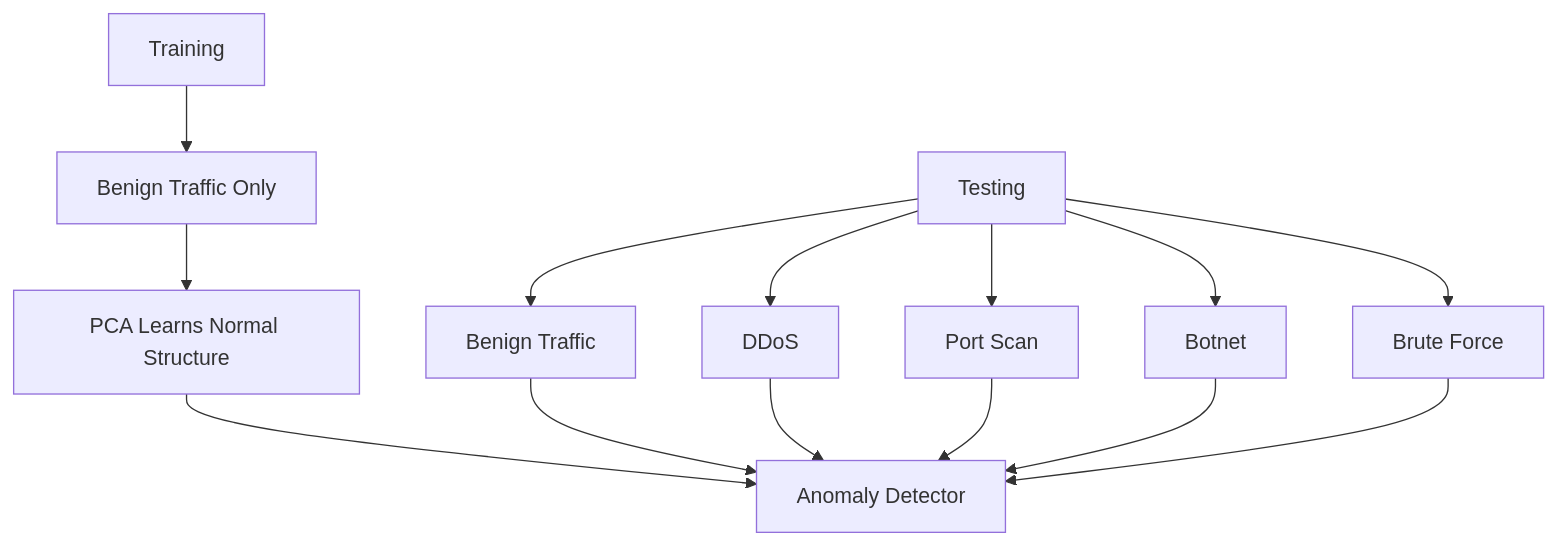
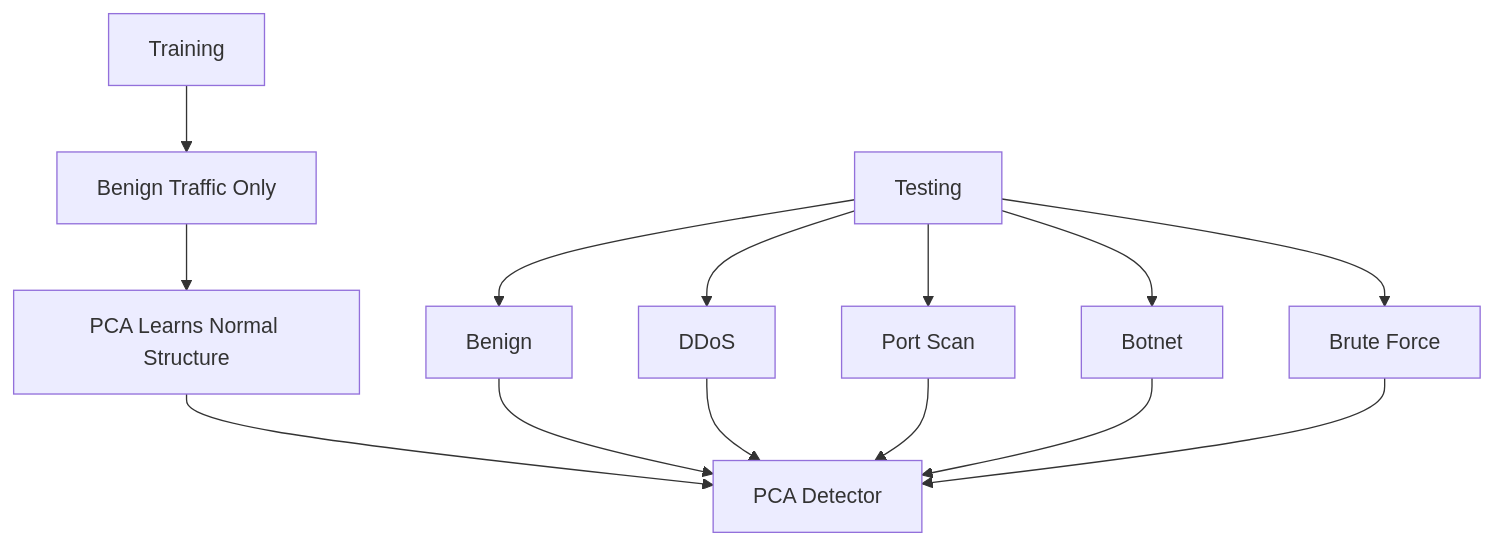
The sixth of 20 diagrams in README.md (farhadakhtar/pca-network-anomaly-detection), drawn with Mermaid before and after one commit. The commit also changed other lines of this file, not shown here.

````diff
--- a/README.md
+++ b/README.md
@@ -397,19 +378,19 @@
 ```mermaid
 flowchart TD
     A[Training] --> B[Benign Traffic Only]
     B --> C[PCA Learns Normal Structure]
 
-    D[Testing] --> E[Benign Traffic]
+    D[Testing] --> E[Benign]
     D --> F[DDoS]
     D --> G[Port Scan]
     D --> H[Botnet]
     D --> I[Brute Force]
 
-    C --> J[Anomaly Detector]
+    C --> J[PCA Detector]
 
     E --> J
     F --> J
     G --> J
     H --> J
     I --> J
 ```
````
